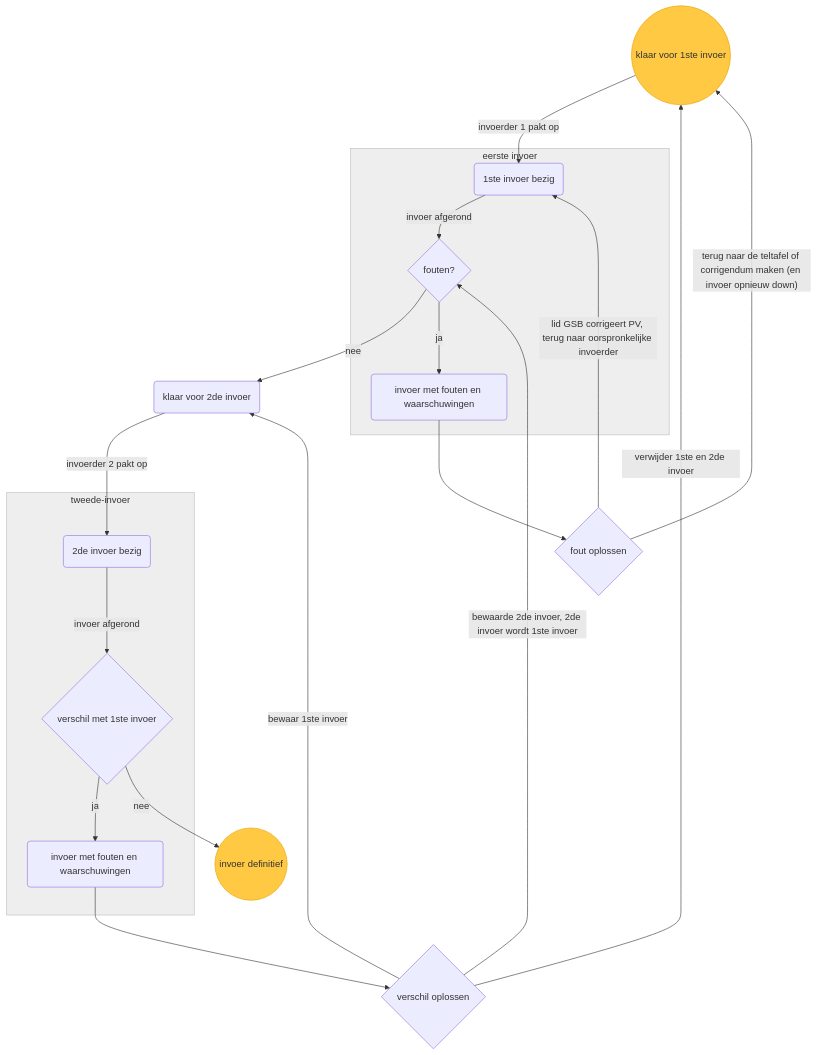
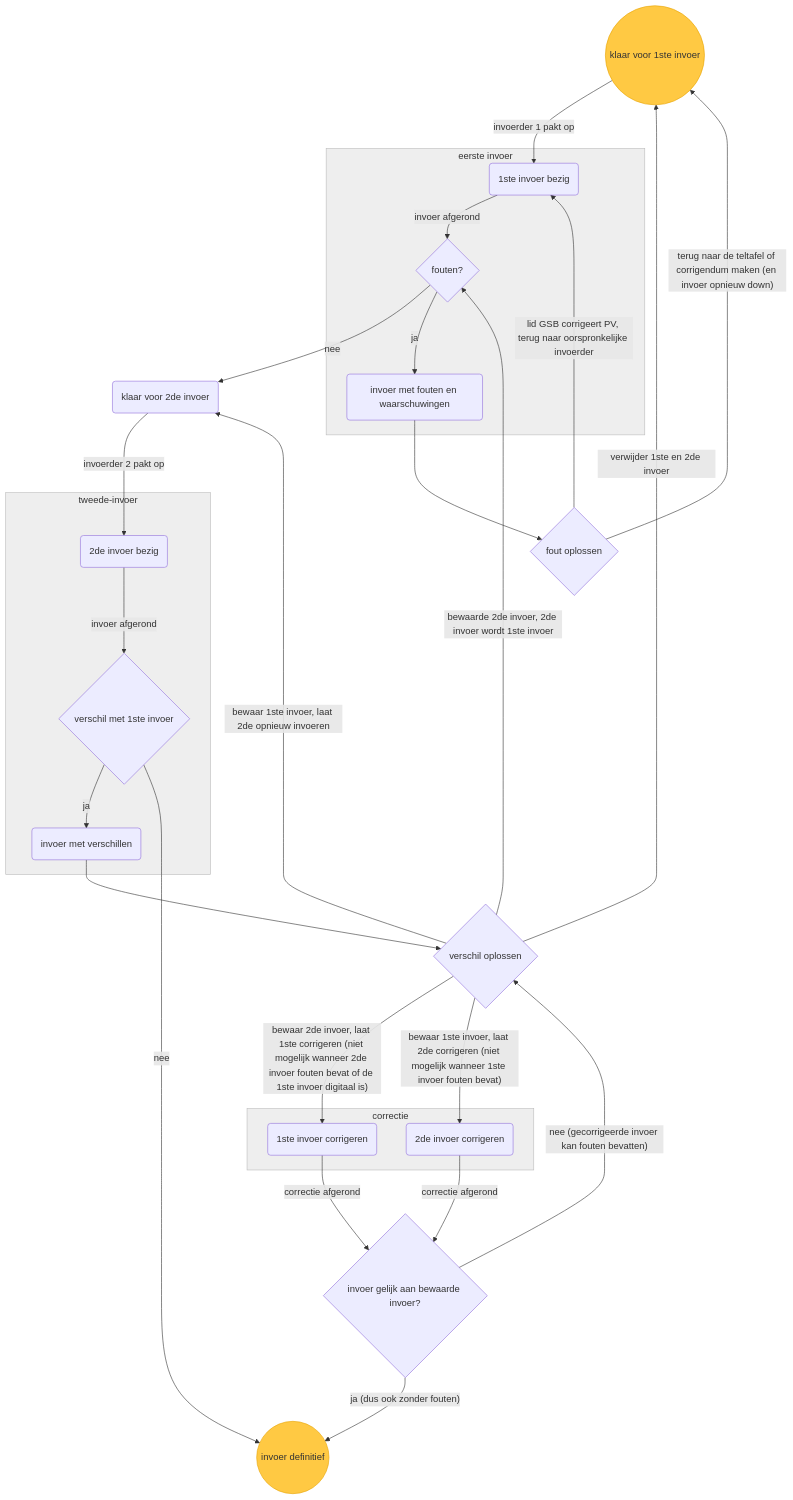
Before and after one commit to kiesraad/abacus-documentatie: the diagram in use-cases/afhandeling-fouten-verschillen-coordinator.md, drawn with Mermaid. The commit also changed other lines of this file and 3 other files, not shown here.

Commit message:
Use cases voor oplossen verschillen

````diff
--- a/use-cases/afhandeling-fouten-verschillen-coordinator.md
+++ b/use-cases/afhandeling-fouten-verschillen-coordinator.md
@@ -10,53 +18,70 @@
 ```mermaid
 flowchart TD
     %% elements
     klaar-voor-eerste-invoer((klaar voor 1ste invoer))
     eerste-invoer-bezig(1ste invoer bezig)
     fouten{fouten?}
     invoer-met-fouten-en-waarschuwingen-1(invoer met fouten en waarschuwingen)
     fout-oplossen{fout oplossen}
 
     klaar-voor-tweede-invoer(klaar voor 2de invoer)
     tweede-invoer-bezig(2de invoer bezig)
     verschil-oplossen{verschil oplossen}
     verschil-met-eerste-invoer{verschil met 1ste invoer}
-    invoer-met-fouten-en-waarschuwingen-2(invoer met fouten en waarschuwingen)
+    invoer-met-fouten-en-waarschuwingen-2(invoer met verschillen)
+
+    tweede-invoer-corrigeren(2de invoer corrigeren)
+    eerste-invoer-corrigeren(1ste invoer corrigeren)
+    gecorrigeerde-invoer-gelijk{invoer gelijk aan bewaarde invoer?}
 
     invoer-definitief((invoer definitief))
 
     %% flow
     klaar-voor-eerste-invoer --invoerder 1 pakt op --> eerste-invoer-bezig
 
     fouten -- nee --> klaar-voor-tweede-invoer
     
     subgraph sg-eerste-invoer[eerste invoer]
     eerste-invoer-bezig -- invoer afgerond --> fouten
     fouten -- ja --> invoer-met-fouten-en-waarschuwingen-1
     end
 
     invoer-met-fouten-en-waarschuwingen-1 --> fout-oplossen
     fout-oplossen -- terug naar de teltafel of corrigendum maken (en invoer opnieuw down) --> klaar-voor-eerste-invoer
 
     fout-oplossen -- lid GSB corrigeert PV, terug naar oorspronkelijke invoerder --> eerste-invoer-bezig
 
     
     klaar-voor-tweede-invoer -- invoerder 2 pakt op --> tweede-invoer-bezig
 
     subgraph sg-tweede-invoer[tweede-invoer]
     tweede-invoer-bezig -- invoer afgerond --> verschil-met-eerste-invoer
     verschil-met-eerste-invoer -- ja --> invoer-met-fouten-en-waarschuwingen-2
     end
 
     invoer-met-fouten-en-waarschuwingen-2 --> verschil-oplossen
-    verschil-oplossen -- bewaar 1ste invoer --> klaar-voor-tweede-invoer
+    verschil-oplossen -- bewaar 1ste invoer, laat 2de opnieuw invoeren --> klaar-voor-tweede-invoer
     verschil-oplossen -- bewaarde 2de invoer, 2de invoer wordt 1ste invoer --> fouten
     verschil-oplossen -- verwijder 1ste en 2de invoer --> klaar-voor-eerste-invoer
+
+    subgraph sg-correctie[correctie]
+    eerste-invoer-corrigeren
+    tweede-invoer-corrigeren
+    end
+
+    verschil-oplossen -- bewaar 2de invoer, laat 1ste corrigeren (niet mogelijk wanneer 2de invoer fouten bevat of de 1ste invoer digitaal is) --> eerste-invoer-corrigeren
+    verschil-oplossen -- bewaar 1ste invoer, laat 2de corrigeren (niet mogelijk wanneer 1ste invoer fouten bevat) --> tweede-invoer-corrigeren
+
+    tweede-invoer-corrigeren -- correctie afgerond --> gecorrigeerde-invoer-gelijk
+    eerste-invoer-corrigeren -- correctie afgerond --> gecorrigeerde-invoer-gelijk
+    gecorrigeerde-invoer-gelijk -- ja (dus ook zonder fouten) --> invoer-definitief
+    gecorrigeerde-invoer-gelijk -- nee (gecorrigeerde invoer kan fouten bevatten) --> verschil-oplossen
 
     verschil-met-eerste-invoer -- nee --> invoer-definitief
 
     %% styling
     classDef greyFill fill:#eee,stroke:#bbb;
-    class sg-eerste-invoer,sg-tweede-invoer greyFill;
+    class sg-eerste-invoer,sg-tweede-invoer,sg-correctie greyFill;
     classDef yellowFill fill:#ffc943,stroke:#e8a302;
     class klaar-voor-eerste-invoer,invoer-definitief yellowFill;
 ```
````
